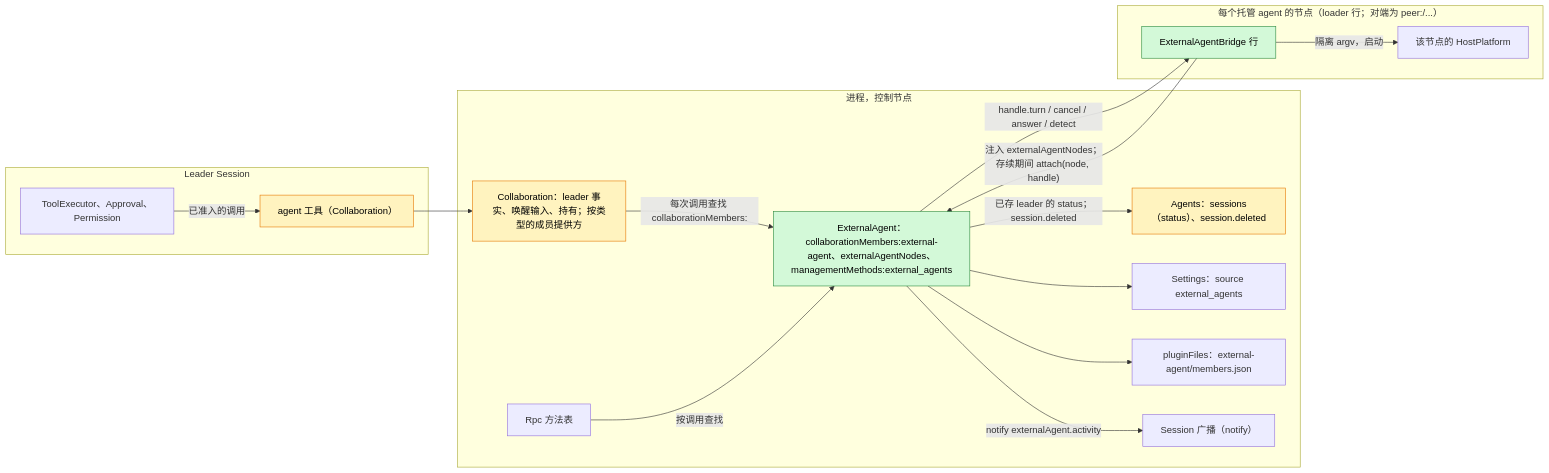
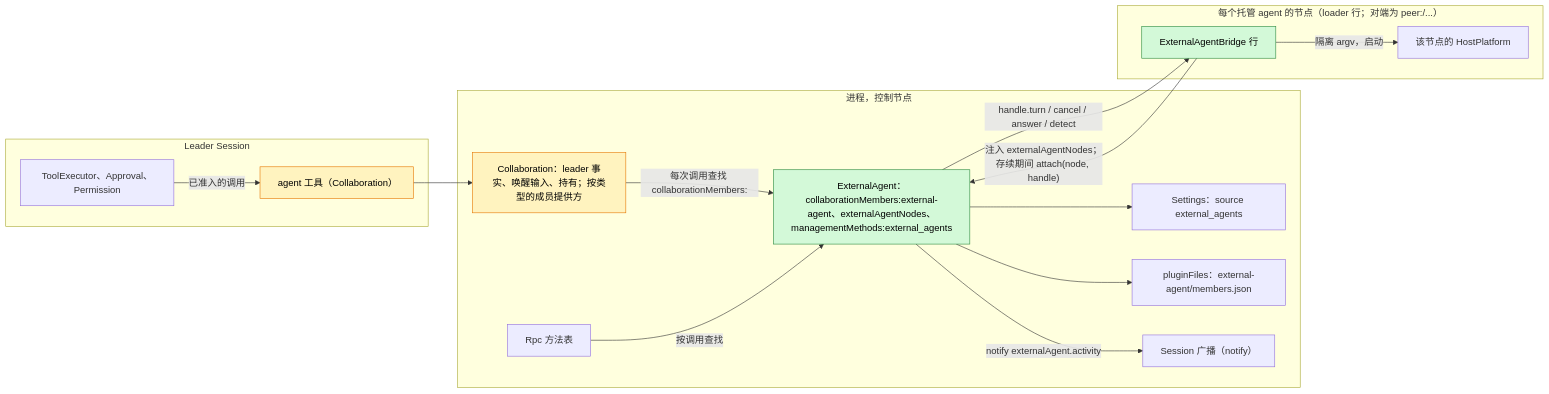
Before and after one commit to CoutinhoTTS/dim-agent: the first of 4 diagrams in docs/zh/design/plugins/ExternalAgent.md, drawn with Mermaid. The commit also changed other lines of this file and 6 other files, not shown here.

````diff
--- a/docs/zh/design/plugins/ExternalAgent.md
+++ b/docs/zh/design/plugins/ExternalAgent.md
@@ -31,33 +31,31 @@
 ```mermaid
 flowchart LR
   classDef new fill:#d3f9d8,stroke:#2b8a3e,color:#000
   classDef chg fill:#fff3bf,stroke:#e67700,color:#000
   subgraph leader["Leader Session"]
     Tool["agent 工具（Collaboration）"]:::chg
     TE["ToolExecutor、Approval、Permission"]
   end
   subgraph proc["进程，控制节点"]
     Coll["Collaboration：leader 事实、唤醒输入、持有；按类型的成员提供方"]:::chg
     EA["ExternalAgent：collaborationMembers:external-agent、externalAgentNodes、managementMethods:external_agents"]:::new
-    AG["Agents：sessions（status）、session.deleted"]:::chg
     Settings["Settings：source external_agents"]
     PF["pluginFiles：external-agent/members.json"]
     SB["Session 广播（notify）"]
     Rpc["Rpc 方法表"]
   end
   subgraph node["每个托管 agent 的节点（loader 行；对端为 peer:<node>/...）"]
     BR["ExternalAgentBridge 行"]:::new
     HP["该节点的 HostPlatform"]
   end
   TE -->|"已准入的调用"| Tool
   Tool --> Coll
   Coll -->|"每次调用查找 collaborationMembers:<kind>"| EA
   BR -->|"注入 externalAgentNodes；存续期间 attach(node, handle)"| EA
   EA -->|"handle.turn / cancel / answer / detect"| BR
   BR -->|"隔离 argv，启动"| HP
   EA -->|"notify externalAgent.activity"| SB
-  EA -->|"已存 leader 的 status；session.deleted"| AG
   Rpc -->|"按调用查找"| EA
   EA --> Settings
   EA --> PF
 ```
````
